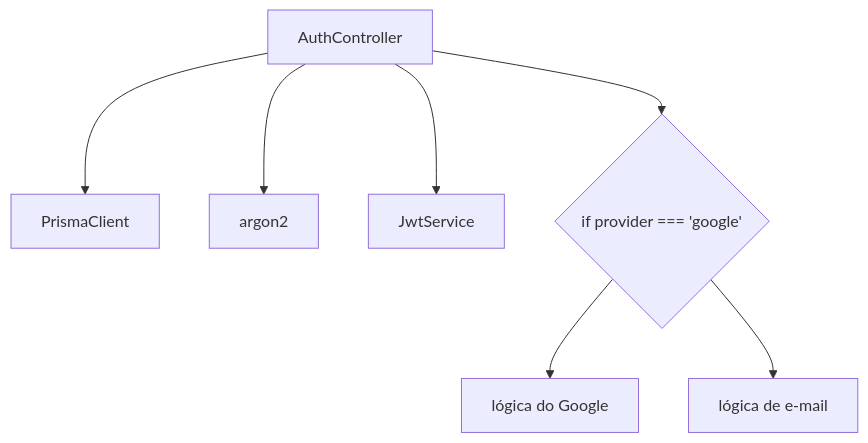
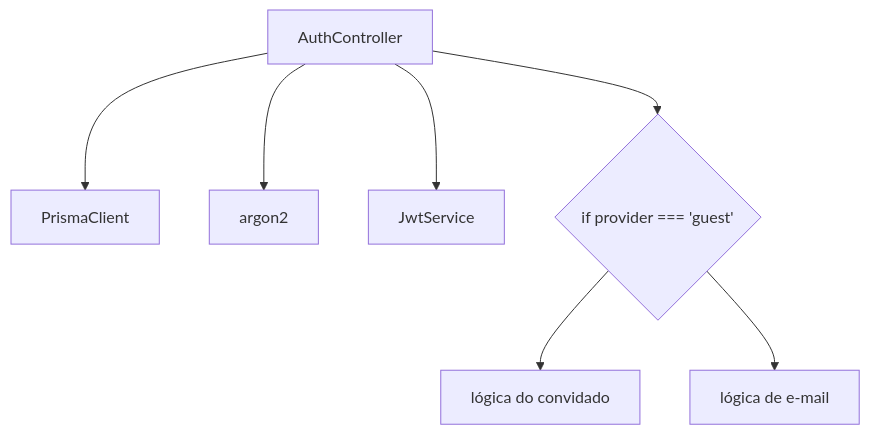
Before and after one commit to thaliaoliveira-tech/ESDM-autenticacao-com-SOLID: the first of 4 diagrams in backend/docs/architecture.md, drawn with Mermaid. The commit also changed other lines of this file and 141 other files, not shown here.

````diff
--- a/backend/docs/architecture.md
+++ b/backend/docs/architecture.md
@@ -16,9 +20,9 @@
 ```mermaid
 flowchart TD
     C["AuthController"] --> P["PrismaClient"]
     C --> A["argon2"]
     C --> J["JwtService"]
-    C --> IF{"if provider === 'google'"}
-    IF --> G["lógica do Google"]
+    C --> IF{"if provider === 'guest'"}
+    IF --> G["lógica do convidado"]
     IF --> E["lógica de e-mail"]
 ```
````
